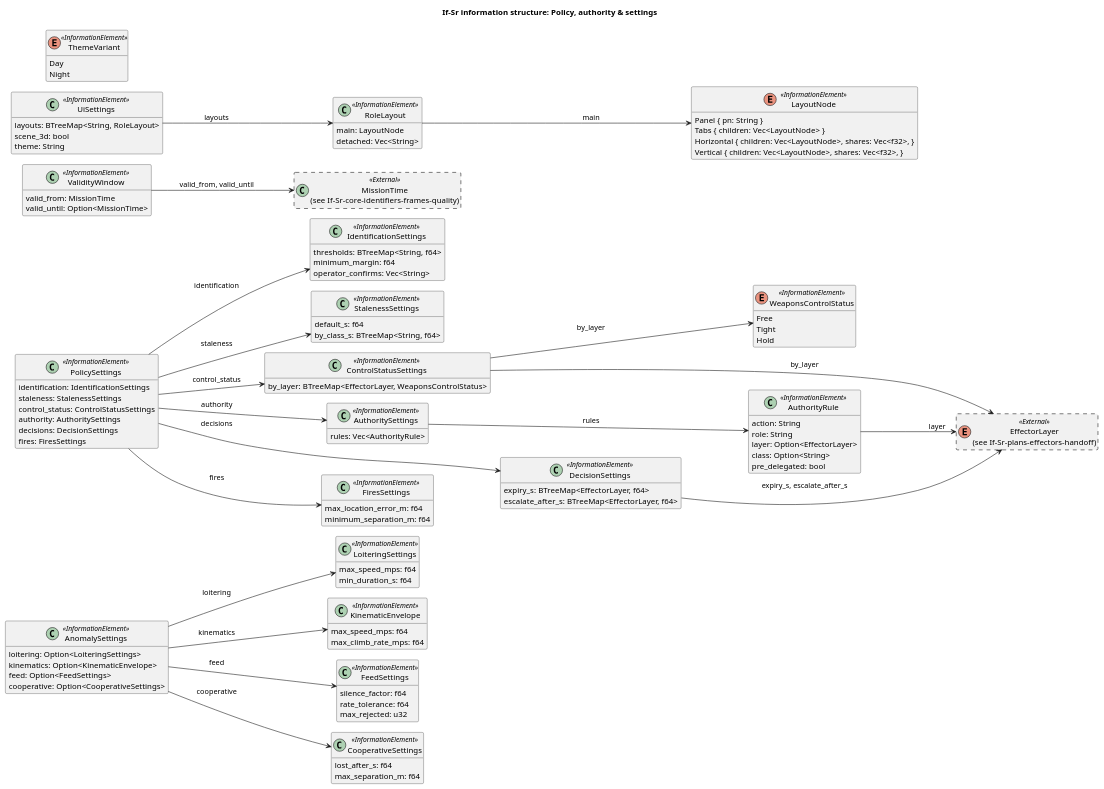
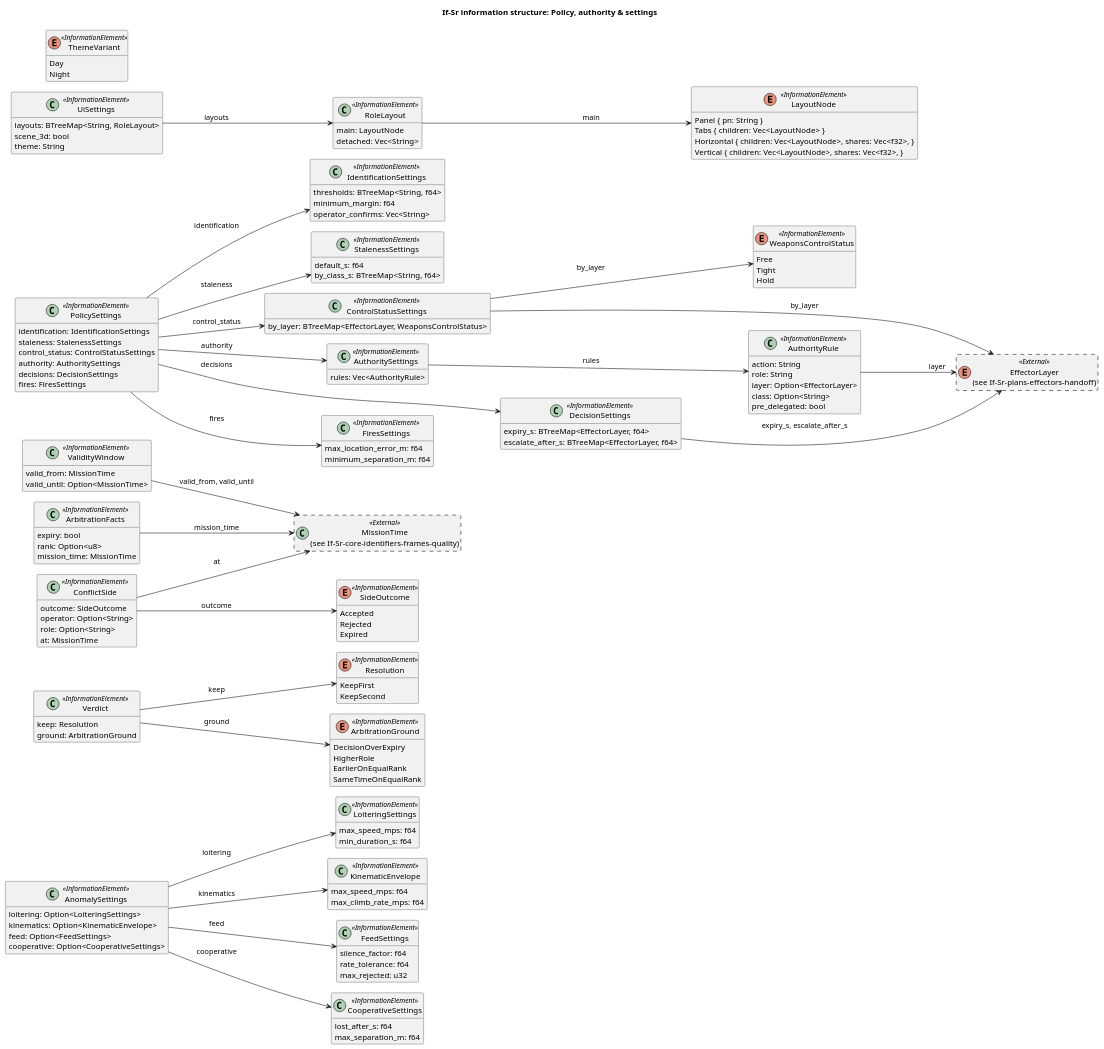
One commit to WayneRoessling/gungnir changed the diagram in docs/architecture/uaf/information/If-Sr-policy-authority-settings.puml. Above: the diagram before and after it, drawn with PlantUML. The commit also changed 98 other files, not shown here.

```diff
--- a/docs/architecture/uaf/information/If-Sr-policy-authority-settings.puml
+++ b/docs/architecture/uaf/information/If-Sr-policy-authority-settings.puml
@@ -1,118 +1,153 @@
 @startuml If-Sr-policy-authority-settings
 title If-Sr information structure: Policy, authority & settings
 left to right direction
 !pragma layout smetana
 hide empty members
 skinparam classAttributeIconSize 0
 class "AnomalySettings" as AnomalySettings <<InformationElement>> {
   loitering: Option<LoiteringSettings>
   kinematics: Option<KinematicEnvelope>
   feed: Option<FeedSettings>
   cooperative: Option<CooperativeSettings>
 }
 class "LoiteringSettings" as LoiteringSettings <<InformationElement>> {
   max_speed_mps: f64
   min_duration_s: f64
 }
 class "KinematicEnvelope" as KinematicEnvelope <<InformationElement>> {
   max_speed_mps: f64
   max_climb_rate_mps: f64
 }
 class "FeedSettings" as FeedSettings <<InformationElement>> {
   silence_factor: f64
   rate_tolerance: f64
   max_rejected: u32
 }
 class "CooperativeSettings" as CooperativeSettings <<InformationElement>> {
   lost_after_s: f64
   max_separation_m: f64
+}
+enum "Resolution" as Resolution <<InformationElement>> {
+  KeepFirst
+  KeepSecond
+}
+class "ArbitrationFacts" as ArbitrationFacts <<InformationElement>> {
+  expiry: bool
+  rank: Option<u8>
+  mission_time: MissionTime
+}
+enum "ArbitrationGround" as ArbitrationGround <<InformationElement>> {
+  DecisionOverExpiry
+  HigherRole
+  EarlierOnEqualRank
+  SameTimeOnEqualRank
+}
+class "Verdict" as Verdict <<InformationElement>> {
+  keep: Resolution
+  ground: ArbitrationGround
+}
+enum "SideOutcome" as SideOutcome <<InformationElement>> {
+  Accepted
+  Rejected
+  Expired
+}
+class "ConflictSide" as ConflictSide <<InformationElement>> {
+  outcome: SideOutcome
+  operator: Option<String>
+  role: Option<String>
+  at: MissionTime
 }
 enum "WeaponsControlStatus" as WeaponsControlStatus <<InformationElement>> {
   Free
   Tight
   Hold
 }
 class "IdentificationSettings" as IdentificationSettings <<InformationElement>> {
   thresholds: BTreeMap<String, f64>
   minimum_margin: f64
   operator_confirms: Vec<String>
 }
 class "StalenessSettings" as StalenessSettings <<InformationElement>> {
   default_s: f64
   by_class_s: BTreeMap<String, f64>
 }
 class "ControlStatusSettings" as ControlStatusSettings <<InformationElement>> {
   by_layer: BTreeMap<EffectorLayer, WeaponsControlStatus>
 }
 class "AuthorityRule" as AuthorityRule <<InformationElement>> {
   action: String
   role: String
   layer: Option<EffectorLayer>
   class: Option<String>
   pre_delegated: bool
 }
 class "AuthoritySettings" as AuthoritySettings <<InformationElement>> {
   rules: Vec<AuthorityRule>
 }
 class "DecisionSettings" as DecisionSettings <<InformationElement>> {
   expiry_s: BTreeMap<EffectorLayer, f64>
   escalate_after_s: BTreeMap<EffectorLayer, f64>
 }
 class "FiresSettings" as FiresSettings <<InformationElement>> {
   max_location_error_m: f64
   minimum_separation_m: f64
 }
 class "ValidityWindow" as ValidityWindow <<InformationElement>> {
   valid_from: MissionTime
   valid_until: Option<MissionTime>
 }
 class "PolicySettings" as PolicySettings <<InformationElement>> {
   identification: IdentificationSettings
   staleness: StalenessSettings
   control_status: ControlStatusSettings
   authority: AuthoritySettings
   decisions: DecisionSettings
   fires: FiresSettings
 }
 enum "LayoutNode" as LayoutNode <<InformationElement>> {
   Panel { pn: String }
   Tabs { children: Vec<LayoutNode> }
   Horizontal { children: Vec<LayoutNode>, shares: Vec<f32>, }
   Vertical { children: Vec<LayoutNode>, shares: Vec<f32>, }
 }
 class "RoleLayout" as RoleLayout <<InformationElement>> {
   main: LayoutNode
   detached: Vec<String>
 }
 class "UiSettings" as UiSettings <<InformationElement>> {
   layouts: BTreeMap<String, RoleLayout>
   scene_3d: bool
   theme: String
 }
 enum "ThemeVariant" as ThemeVariant <<InformationElement>> {
   Day
   Night
 }
 enum "EffectorLayer\n(see If-Sr-plans-effectors-handoff)" as EffectorLayer <<External>> #line.dashed {
 }
 class "MissionTime\n(see If-Sr-core-identifiers-frames-quality)" as MissionTime <<External>> #line.dashed {
 }
 AnomalySettings --> CooperativeSettings : cooperative
 AnomalySettings --> FeedSettings : feed
 AnomalySettings --> KinematicEnvelope : kinematics
 AnomalySettings --> LoiteringSettings : loitering
+ArbitrationFacts --> MissionTime : mission_time
+Verdict --> ArbitrationGround : ground
+Verdict --> Resolution : keep
+ConflictSide --> MissionTime : at
+ConflictSide --> SideOutcome : outcome
 ControlStatusSettings --> EffectorLayer : by_layer
 ControlStatusSettings --> WeaponsControlStatus : by_layer
 AuthorityRule --> EffectorLayer : layer
 AuthoritySettings --> AuthorityRule : rules
 DecisionSettings --> EffectorLayer : expiry_s, escalate_after_s
 ValidityWindow --> MissionTime : valid_from, valid_until
 PolicySettings --> AuthoritySettings : authority
 PolicySettings --> ControlStatusSettings : control_status
 PolicySettings --> DecisionSettings : decisions
 PolicySettings --> FiresSettings : fires
 PolicySettings --> IdentificationSettings : identification
 PolicySettings --> StalenessSettings : staleness
 RoleLayout --> LayoutNode : main
 UiSettings --> RoleLayout : layouts
 @enduml
```
